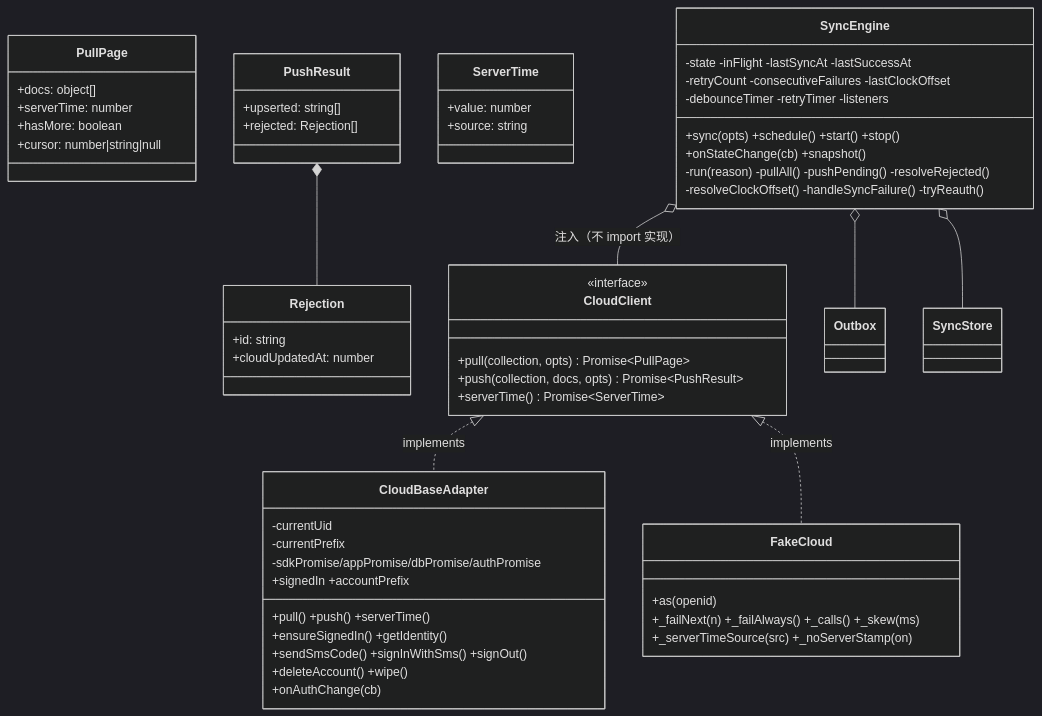
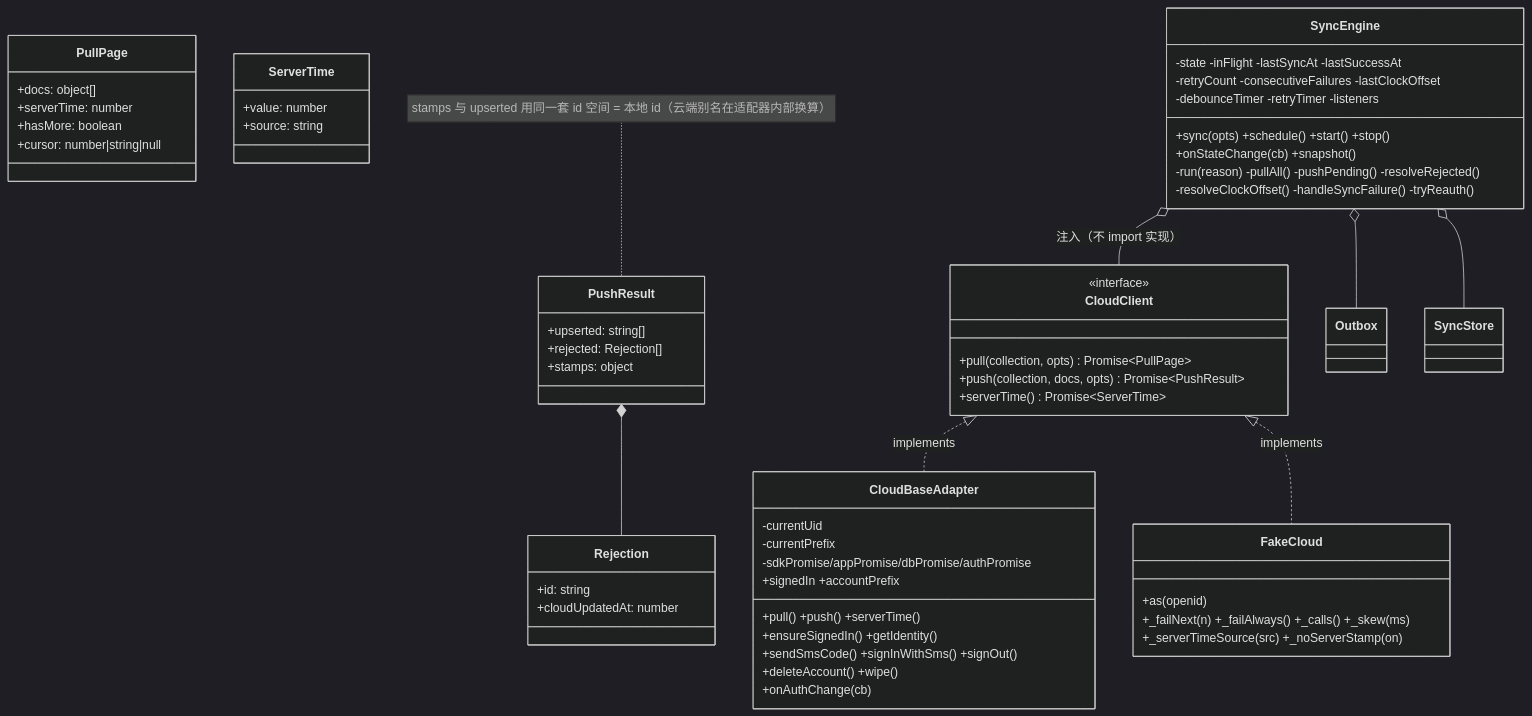
Before and after one commit to tiger7404945/ledger: diagram 11 of 16 in 软件设计文档.md, drawn with Mermaid (dark theme). The commit also changed other lines of this file and 8 other files, not shown here.

First line of the commit message:
fix(sync): push 回传服务端刻度 stamps，并把别名 key 换算回本地 id

````diff
--- a/软件设计文档.md
+++ b/软件设计文档.md
@@ -1369,59 +1374,61 @@
 ```mermaid
 classDiagram
     class CloudClient {
         <<interface>>
         +pull(collection, opts) Promise~PullPage~
         +push(collection, docs, opts) Promise~PushResult~
         +serverTime() Promise~ServerTime~
     }
     class PullPage {
         +docs: object[]
         +serverTime: number
         +hasMore: boolean
         +cursor: number|string|null
     }
     class PushResult {
         +upserted: string[]
         +rejected: Rejection[]
+        +stamps: object
     }
     class Rejection {
         +id: string
         +cloudUpdatedAt: number
     }
     class ServerTime {
         +value: number
         +source: string
     }
     class CloudBaseAdapter {
         -currentUid
         -currentPrefix
         -sdkPromise/appPromise/dbPromise/authPromise
         +pull() +push() +serverTime()
         +ensureSignedIn() +getIdentity()
         +sendSmsCode() +signInWithSms() +signOut()
         +deleteAccount() +wipe()
         +onAuthChange(cb)
         +signedIn +accountPrefix
     }
     class FakeCloud {
         +as(openid)
         +_failNext(n) +_failAlways() +_calls() +_skew(ms)
         +_serverTimeSource(src) +_noServerStamp(on)
     }
     class SyncEngine {
         -state -inFlight -lastSyncAt -lastSuccessAt
         -retryCount -consecutiveFailures -lastClockOffset
         -debounceTimer -retryTimer -listeners
         +sync(opts) +schedule() +start() +stop()
         +onStateChange(cb) +snapshot()
         -run(reason) -pullAll() -pushPending() -resolveRejected()
         -resolveClockOffset() -handleSyncFailure() -tryReauth()
     }
 
     CloudClient <|.. CloudBaseAdapter : implements
     CloudClient <|.. FakeCloud : implements
     SyncEngine o-- CloudClient : 注入（不 import 实现）
     SyncEngine o-- Outbox
     SyncEngine o-- SyncStore
     PushResult *-- Rejection
+    note for PushResult "stamps 与 upserted 用同一套 id 空间 = 本地 id（云端别名在适配器内部换算）"
 ```
````
